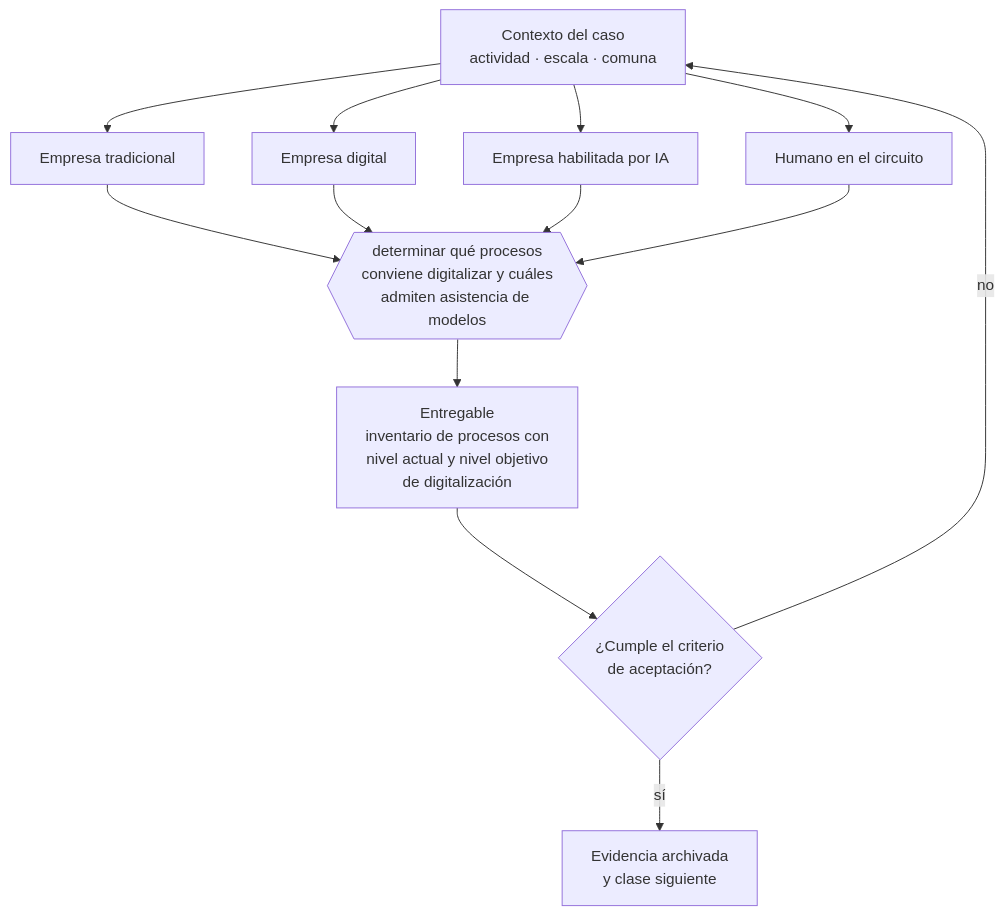
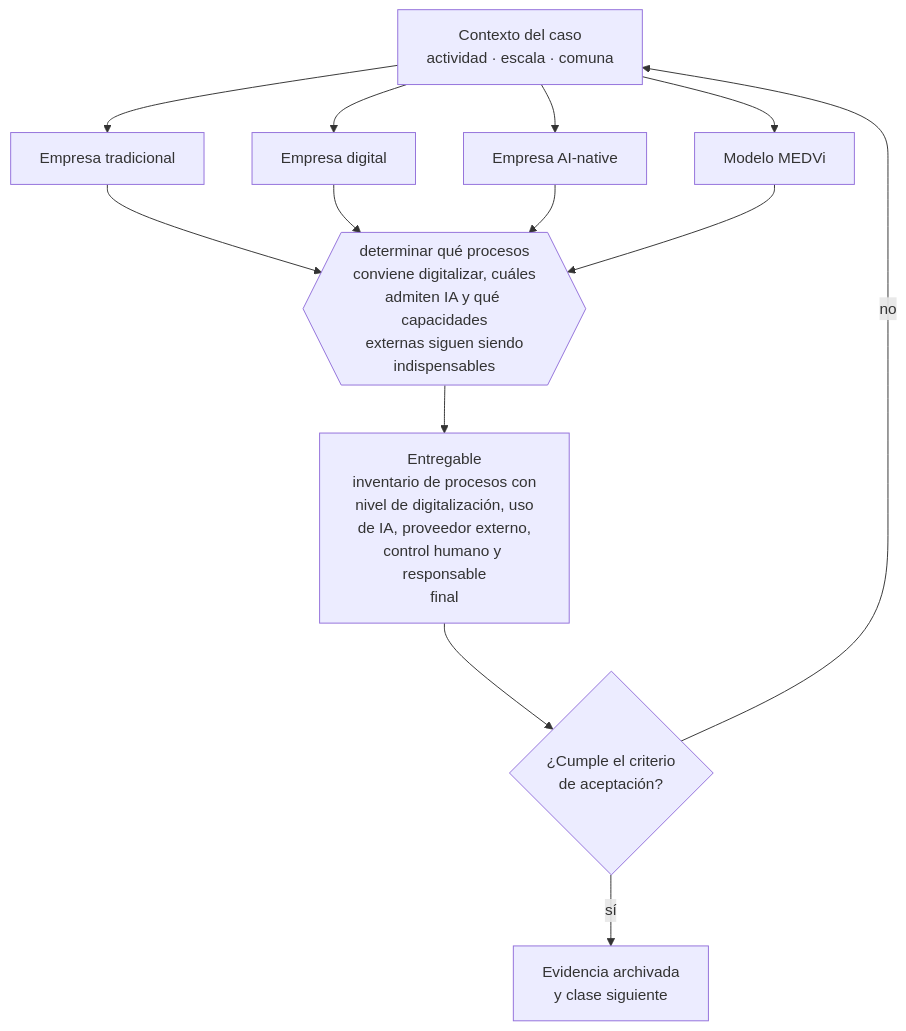
The diagram in curriculum/part-01-fundamentos-de-empresa-y-mentalidad-empresarial/class-13-empresa-tradicional-digital-y-habilitada-por-ia/README.md (vladimiracunadev-create/modern-business-creation-program), drawn with Mermaid before and after one commit. The commit also changed other lines of this file and 33 other files, not shown here.

````diff
--- a/curriculum/part-01-fundamentos-de-empresa-y-mentalidad-empresarial/class-13-empresa-tradicional-digital-y-habilitada-por-ia/README.md
+++ b/curriculum/part-01-fundamentos-de-empresa-y-mentalidad-empresarial/class-13-empresa-tradicional-digital-y-habilitada-por-ia/README.md
@@ -34,13 +34,13 @@
 ```mermaid
 flowchart TB
     C["Contexto del caso<br/>actividad · escala · comuna"]
     C --> A1["Empresa tradicional"]
     C --> A2["Empresa digital"]
-    C --> A3["Empresa habilitada por IA"]
-    C --> A4["Humano en el circuito"]
-    A1 & A2 & A3 & A4 --> D{{"determinar qué procesos<br/>conviene digitalizar y cuáles<br/>admiten asistencia de modelos"}}
-    D --> E["Entregable<br/>inventario de procesos con<br/>nivel actual y nivel objetivo<br/>de digitalización"]
+    C --> A3["Empresa AI-native"]
+    C --> A4["Modelo MEDVi"]
+    A1 & A2 & A3 & A4 --> D{{"determinar qué procesos<br/>conviene digitalizar, cuáles<br/>admiten IA y qué capacidades<br/>externas siguen siendo<br/>indispensables"}}
+    D --> E["Entregable<br/>inventario de procesos con<br/>nivel de digitalización, uso<br/>de IA, proveedor externo,<br/>control humano y responsable<br/>final"]
     E --> V{"¿Cumple el criterio<br/>de aceptación?"}
     V -->|sí| S["Evidencia archivada<br/>y clase siguiente"]
     V -->|no| C
 ```
````
